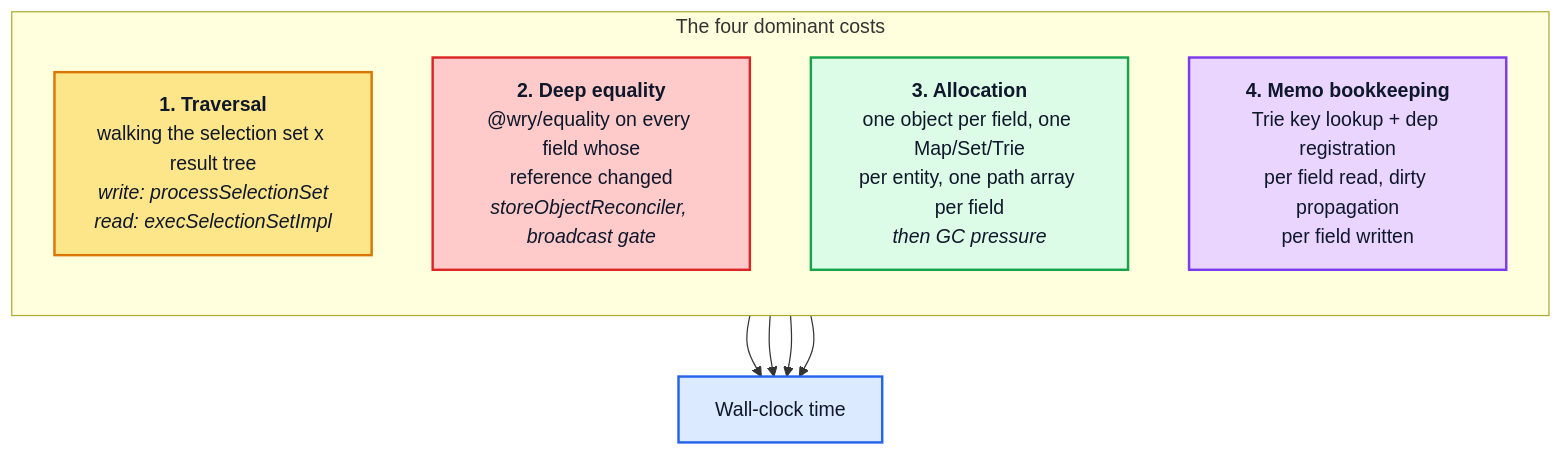
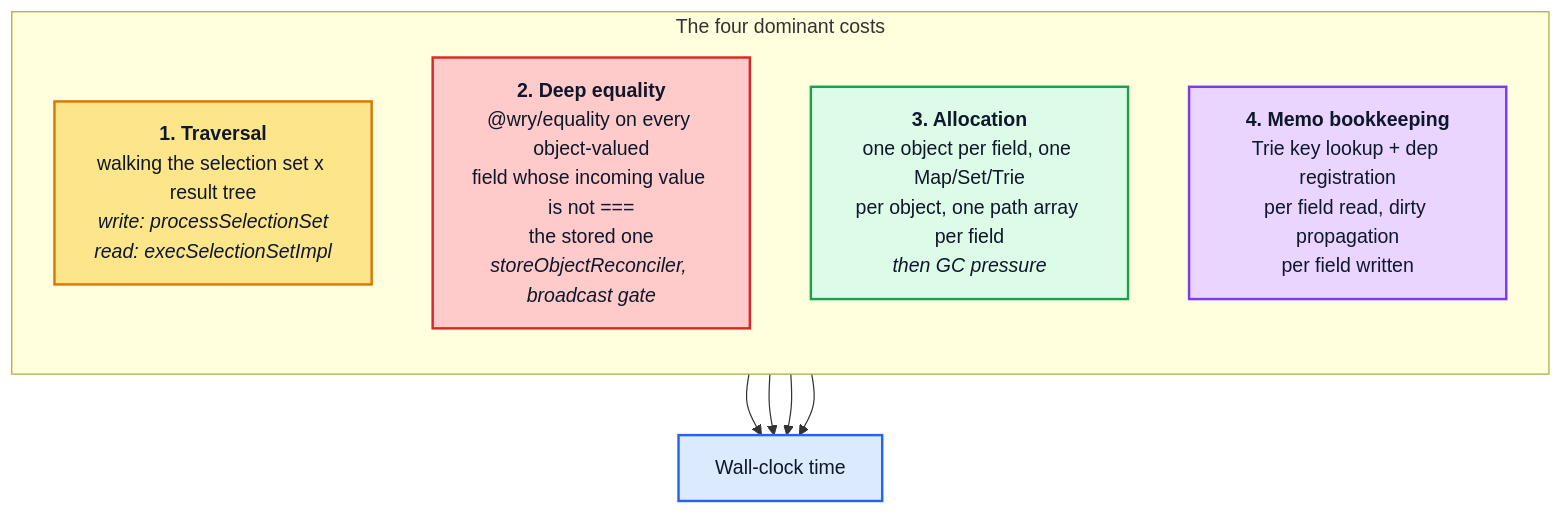
The first of 2 diagrams in docs/performance/01-cost-model.md (convict-git/fast-gql-cache-rs), drawn with Mermaid before and after one commit. The commit also changed other lines of this file and 10 other files, not shown here.

First line of the commit message:
docs(perf): correct complexities and flows, define every symbol

````diff
--- a/docs/performance/01-cost-model.md
+++ b/docs/performance/01-cost-model.md
@@ -9,21 +9,21 @@
 ```mermaid
 flowchart TB
     subgraph T["The four dominant costs"]
         direction TB
         C1["<b>1. Traversal</b><br/>walking the selection set x result tree<br/><i>write: processSelectionSet</i><br/><i>read: execSelectionSetImpl</i>"]:::write
-        C2["<b>2. Deep equality</b><br/>@wry/equality on every field whose<br/>reference changed<br/><i>storeObjectReconciler, broadcast gate</i>"]:::dirty
-        C3["<b>3. Allocation</b><br/>one object per field, one Map/Set/Trie<br/>per entity, one path array per field<br/><i>then GC pressure</i>"]:::store
+        C2["<b>2. Deep equality</b><br/>@wry/equality on every object-valued<br/>field whose incoming value is not ===<br/>the stored one<br/><i>storeObjectReconciler, broadcast gate</i>"]:::dirty
+        C3["<b>3. Allocation</b><br/>one object per field, one Map/Set/Trie<br/>per object, one path array per field<br/><i>then GC pressure</i>"]:::store
         C4["<b>4. Memo bookkeeping</b><br/>Trie key lookup + dep registration<br/>per field read, dirty propagation<br/>per field written"]:::memo
     end
 
     C1 --> OUT["Wall-clock time"]:::api
     C2 --> OUT
     C3 --> OUT
     C4 --> OUT
 
     classDef api fill:#dbeafe,stroke:#2563eb,stroke-width:2px,color:#0f172a
     classDef write fill:#fde68a,stroke:#d97706,stroke-width:2px,color:#0f172a
     classDef store fill:#dcfce7,stroke:#16a34a,stroke-width:2px,color:#0f172a
     classDef memo fill:#e9d5ff,stroke:#7c3aed,stroke-width:2px,color:#0f172a
     classDef dirty fill:#fecaca,stroke:#dc2626,stroke-width:2px,color:#0f172a
 ```
````
